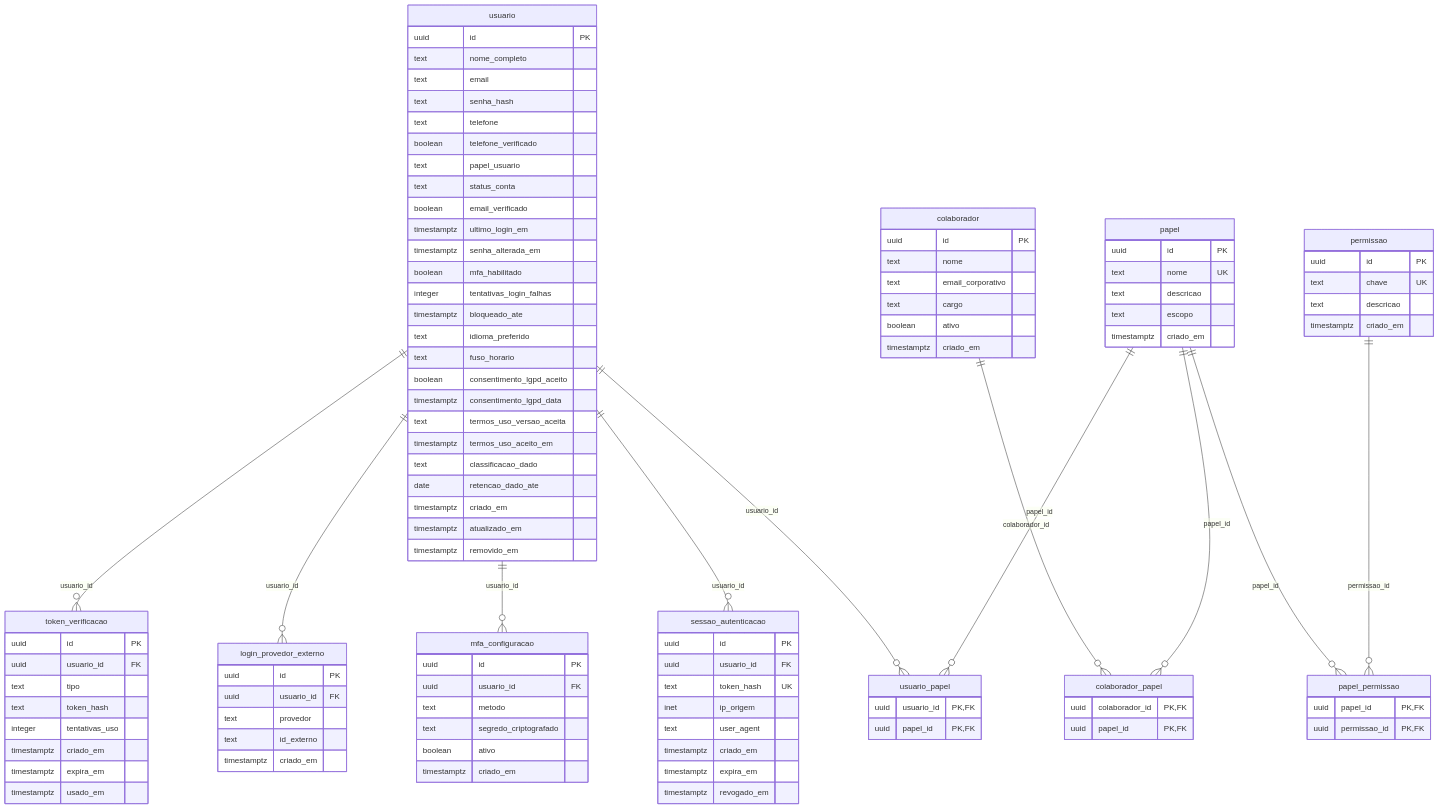
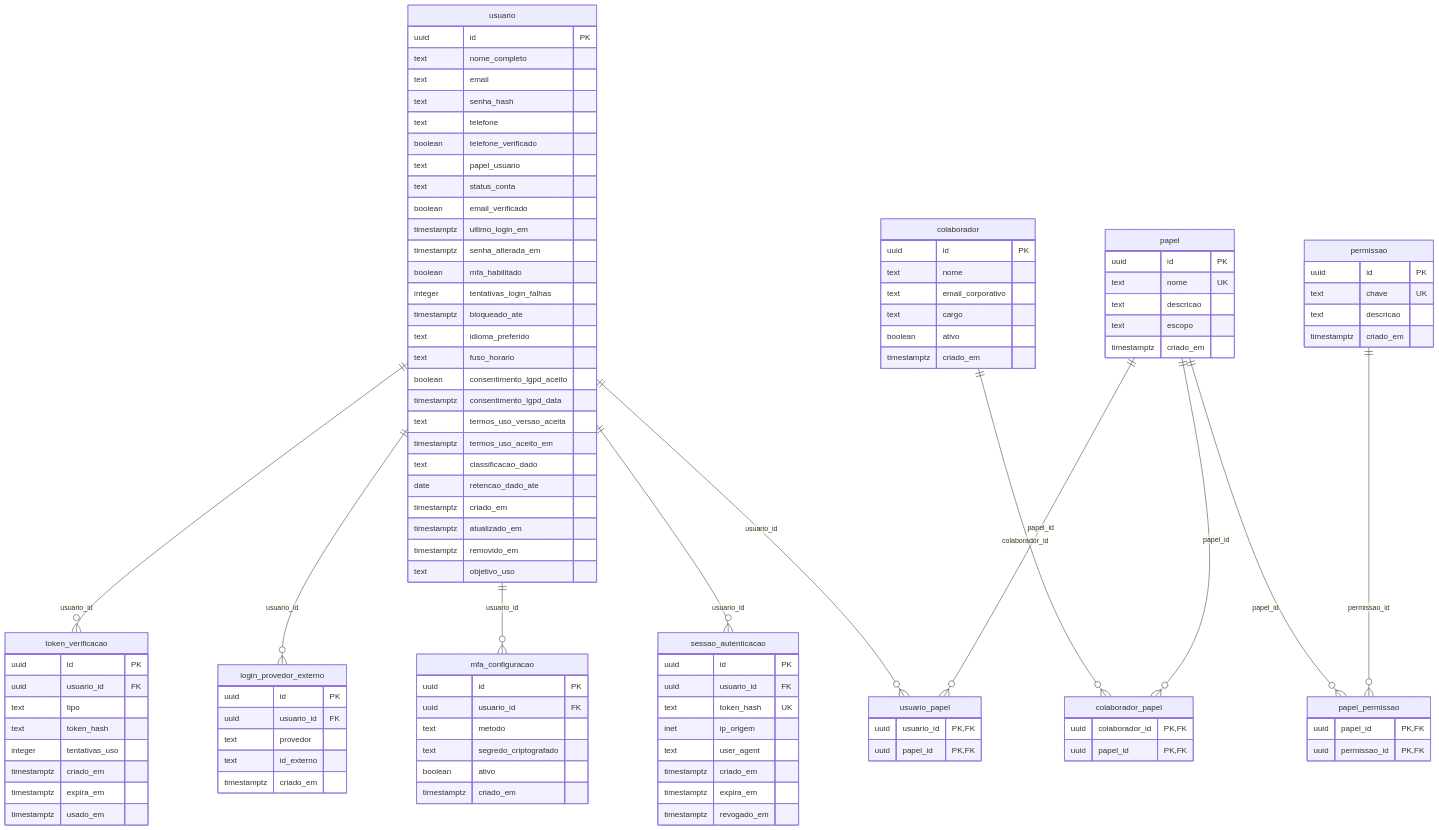
One commit to danieldonanfer/clean-air-tech-api changed the diagram in database/docs/diagramas/01-identidade.mmd. Above: the diagram before and after it, drawn with Mermaid. The commit also changed 39 other files, not shown here.

```diff
--- a/database/docs/diagramas/01-identidade.mmd
+++ b/database/docs/diagramas/01-identidade.mmd
@@ -1,106 +1,107 @@
 erDiagram
   usuario {
     uuid id PK
     text nome_completo
     text email
     text senha_hash
     text telefone
     boolean telefone_verificado
     text papel_usuario
     text status_conta
     boolean email_verificado
     timestamptz ultimo_login_em
     timestamptz senha_alterada_em
     boolean mfa_habilitado
     integer tentativas_login_falhas
     timestamptz bloqueado_ate
     text idioma_preferido
     text fuso_horario
     boolean consentimento_lgpd_aceito
     timestamptz consentimento_lgpd_data
     text termos_uso_versao_aceita
     timestamptz termos_uso_aceito_em
     text classificacao_dado
     date retencao_dado_ate
     timestamptz criado_em
     timestamptz atualizado_em
     timestamptz removido_em
+    text objetivo_uso
   }
   colaborador {
     uuid id PK
     text nome
     text email_corporativo
     text cargo
     boolean ativo
     timestamptz criado_em
   }
   token_verificacao {
     uuid id PK
     uuid usuario_id FK
     text tipo
     text token_hash
     integer tentativas_uso
     timestamptz criado_em
     timestamptz expira_em
     timestamptz usado_em
   }
   login_provedor_externo {
     uuid id PK
     uuid usuario_id FK
     text provedor
     text id_externo
     timestamptz criado_em
   }
   mfa_configuracao {
     uuid id PK
     uuid usuario_id FK
     text metodo
     text segredo_criptografado
     boolean ativo
     timestamptz criado_em
   }
   sessao_autenticacao {
     uuid id PK
     uuid usuario_id FK
     text token_hash UK
     inet ip_origem
     text user_agent
     timestamptz criado_em
     timestamptz expira_em
     timestamptz revogado_em
   }
   papel {
     uuid id PK
     text nome UK
     text descricao
     text escopo
     timestamptz criado_em
   }
   permissao {
     uuid id PK
     text chave UK
     text descricao
     timestamptz criado_em
   }
   papel_permissao {
     uuid papel_id PK,FK
     uuid permissao_id PK,FK
   }
   usuario_papel {
     uuid usuario_id PK,FK
     uuid papel_id PK,FK
   }
   colaborador_papel {
     uuid colaborador_id PK,FK
     uuid papel_id PK,FK
   }
   usuario ||--o{ token_verificacao : "usuario_id"
   usuario ||--o{ login_provedor_externo : "usuario_id"
   usuario ||--o{ mfa_configuracao : "usuario_id"
   usuario ||--o{ sessao_autenticacao : "usuario_id"
   papel ||--o{ papel_permissao : "papel_id"
   permissao ||--o{ papel_permissao : "permissao_id"
   usuario ||--o{ usuario_papel : "usuario_id"
   papel ||--o{ usuario_papel : "papel_id"
   colaborador ||--o{ colaborador_papel : "colaborador_id"
   papel ||--o{ colaborador_papel : "papel_id"
```
